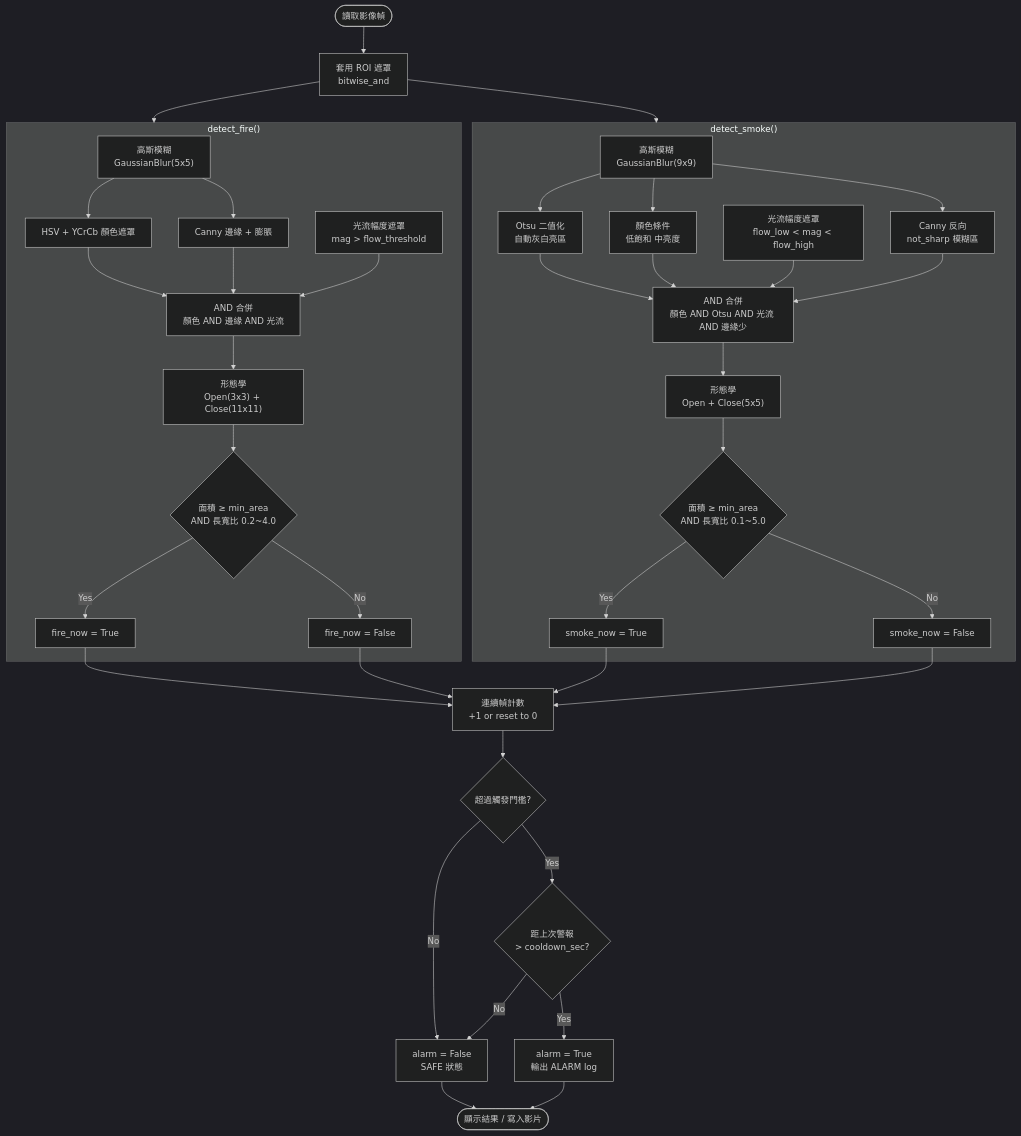
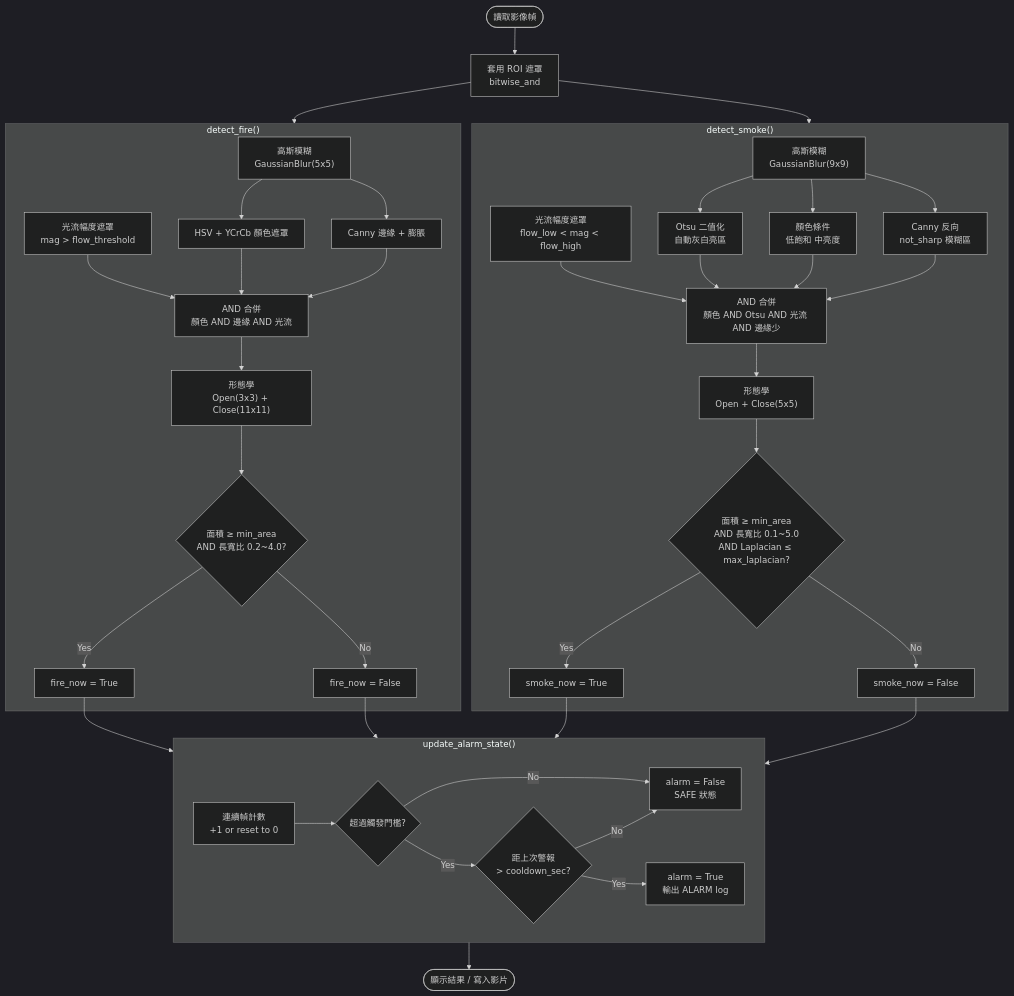
The third of 4 diagrams in README.md (Ningchuan888/image_recognition_fire), drawn with Mermaid (dark theme) before and after one commit. The commit also changed other lines of this file, not shown here.

````diff
--- a/README.md
+++ b/README.md
@@ -167,60 +199,66 @@
 ```mermaid
 flowchart TD
     START([讀取影像幀]) --> ROI
     ROI["套用 ROI 遮罩\nbitwise_and"]
     ROI --> FIRE_PROC & SMOKE_PROC
 
     subgraph FIRE_PROC["detect_fire()"]
         F_GAUSS["高斯模糊\nGaussianBlur(5x5)"]
         F_COLOR["HSV + YCrCb 顏色遮罩"]
         F_CANNY["Canny 邊緣 + 膨脹"]
         F_FLOW["光流幅度遮罩\nmag > flow_threshold"]
         F_AND["AND 合併\n顏色 AND 邊緣 AND 光流"]
         F_MORPH["形態學\nOpen(3x3) + Close(11x11)"]
-        F_FILTER{"面積 ≥ min_area\nAND 長寬比 0.2~4.0"}
+        F_FILTER{"面積 ≥ min_area\nAND 長寬比 0.2~4.0?"}
         F_YES["fire_now = True"]
         F_NO["fire_now = False"]
         F_GAUSS --> F_COLOR & F_CANNY
         F_FLOW --> F_AND
         F_COLOR --> F_AND
         F_CANNY --> F_AND
         F_AND --> F_MORPH --> F_FILTER
         F_FILTER -->|Yes| F_YES
         F_FILTER -->|No| F_NO
     end
 
     subgraph SMOKE_PROC["detect_smoke()"]
         S_GAUSS["高斯模糊\nGaussianBlur(9x9)"]
         S_OTSU["Otsu 二值化\n自動灰白亮區"]
         S_COLOR["顏色條件\n低飽和 中亮度"]
         S_FLOW["光流幅度遮罩\nflow_low < mag < flow_high"]
         S_CANNY["Canny 反向\nnot_sharp 模糊區"]
         S_AND["AND 合併\n顏色 AND Otsu AND 光流 AND 邊緣少"]
         S_MORPH["形態學\nOpen + Close(5x5)"]
-        S_FILTER{"面積 ≥ min_area\nAND 長寬比 0.1~5.0"}
+        S_FILTER{"面積 ≥ min_area\nAND 長寬比 0.1~5.0\nAND Laplacian ≤ max_laplacian?"}
         S_YES["smoke_now = True"]
         S_NO["smoke_now = False"]
         S_GAUSS --> S_OTSU & S_COLOR & S_CANNY
         S_FLOW --> S_AND
         S_OTSU --> S_AND
         S_COLOR --> S_AND
         S_CANNY --> S_AND
         S_AND --> S_MORPH --> S_FILTER
         S_FILTER -->|Yes| S_YES
         S_FILTER -->|No| S_NO
     end
 
-    F_YES --> CNT
-    F_NO --> CNT
-    S_YES --> CNT
-    S_NO --> CNT
+    F_YES --> ALARM_PROC
+    F_NO --> ALARM_PROC
+    S_YES --> ALARM_PROC
+    S_NO --> ALARM_PROC
 
-    CNT["連續幀計數\n+1 or reset to 0"]
-    CNT --> THR{"超過觸發門檻?"}
-    THR -->|No| SAFE["alarm = False\nSAFE 狀態"]
-    THR -->|Yes| COOL{"距上次警報\n> cooldown_sec?"}
-    COOL -->|No| SAFE
-    COOL -->|Yes| TRIGGER["alarm = True\n輸出 ALARM log"]
-    TRIGGER --> END([顯示結果 / 寫入影片])
-    SAFE --> END
+    subgraph ALARM_PROC["update_alarm_state()"]
+        CNT["連續幀計數\n+1 or reset to 0"]
+        THR{"超過觸發門檻?"}
+        COOL{"距上次警報\n> cooldown_sec?"}
+        TRIGGER["alarm = True\n輸出 ALARM log"]
+        SAFE["alarm = False\nSAFE 狀態"]
+        CNT --> THR
+        THR -->|No| SAFE
+        THR -->|Yes| COOL
+        COOL -->|No| SAFE
+        COOL -->|Yes| TRIGGER
+    end
+
+    ALARM_PROC --> END([顯示結果 / 寫入影片])
 ```
````
